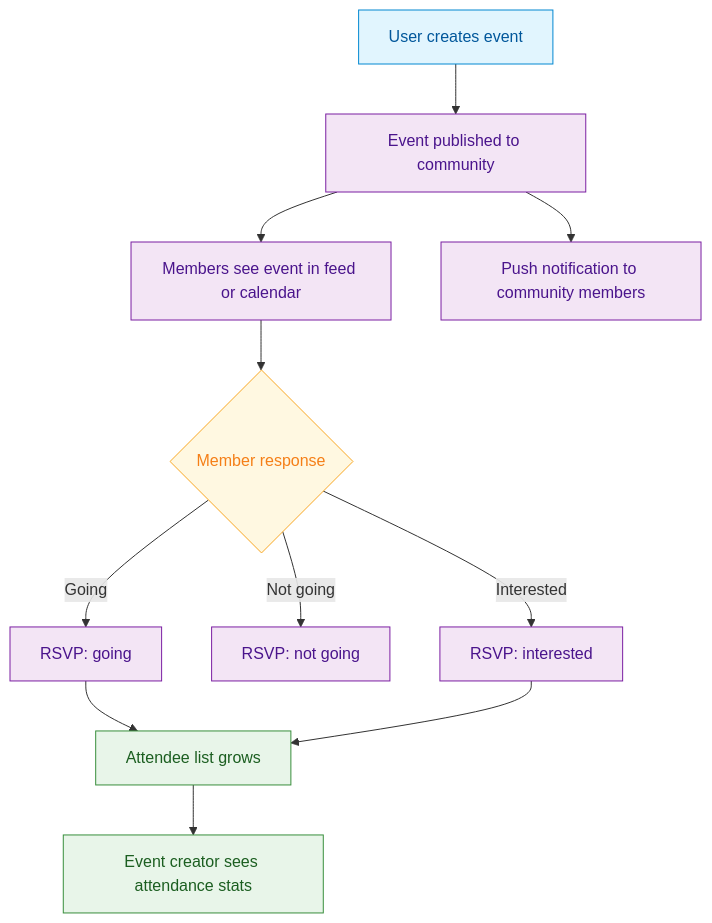
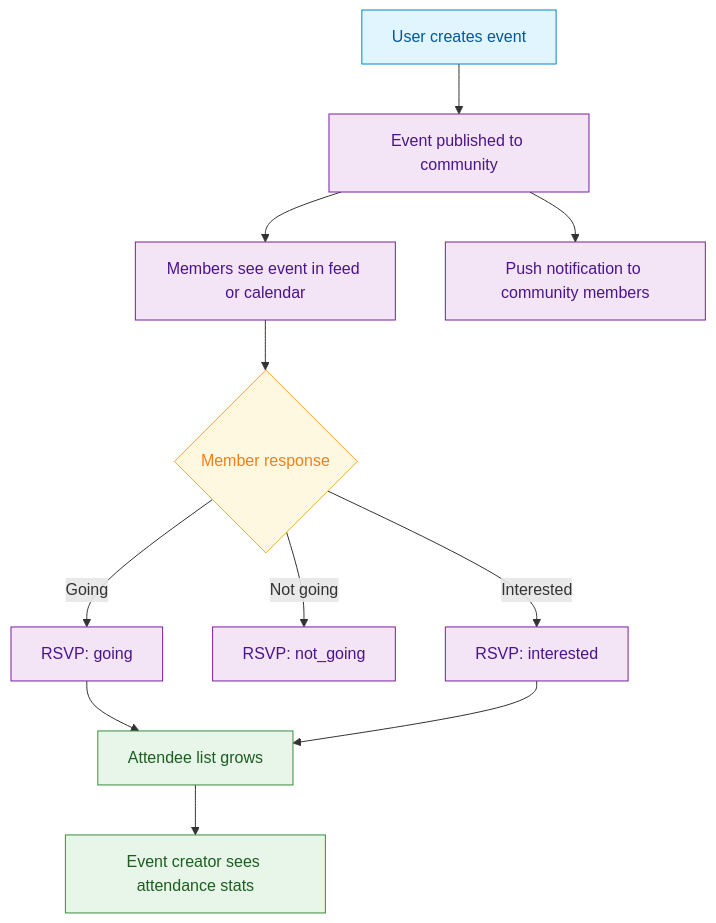
The diagram in use-cases/social/events-and-activities.mdx (AmityCo/social-plus-docs), drawn with Mermaid before and after one commit. The commit also changed other lines of this file and 32 other files, not shown here.

````diff
--- a/use-cases/social/events-and-activities.mdx
+++ b/use-cases/social/events-and-activities.mdx
@@ -48,22 +48,22 @@
 ```mermaid
 graph TD
     A[User creates event] --> B[Event published to community]
     B --> C[Members see event in feed or calendar]
     C --> D{Member response}
     D -->|Going| E[RSVP: going]
-    D -->|Not going| F[RSVP: not going]
+    D -->|Not going| F[RSVP: not_going]
     D -->|Interested| G[RSVP: interested]
     E & G --> H[Attendee list grows]
     H --> I[Event creator sees attendance stats]
     B --> J[Push notification to community members]
 
     classDef action fill:#e1f5fe,stroke:#0288d1,color:#01579b
     classDef decision fill:#fff8e1,stroke:#f9a825,color:#f57f17
     classDef process fill:#f3e5f5,stroke:#7b1fa2,color:#4a148c
     classDef outcome fill:#e8f5e9,stroke:#388e3c,color:#1b5e20
 
     class A action
     class D decision
     class B,C,E,F,G,J process
     class H,I outcome
 ```
````
